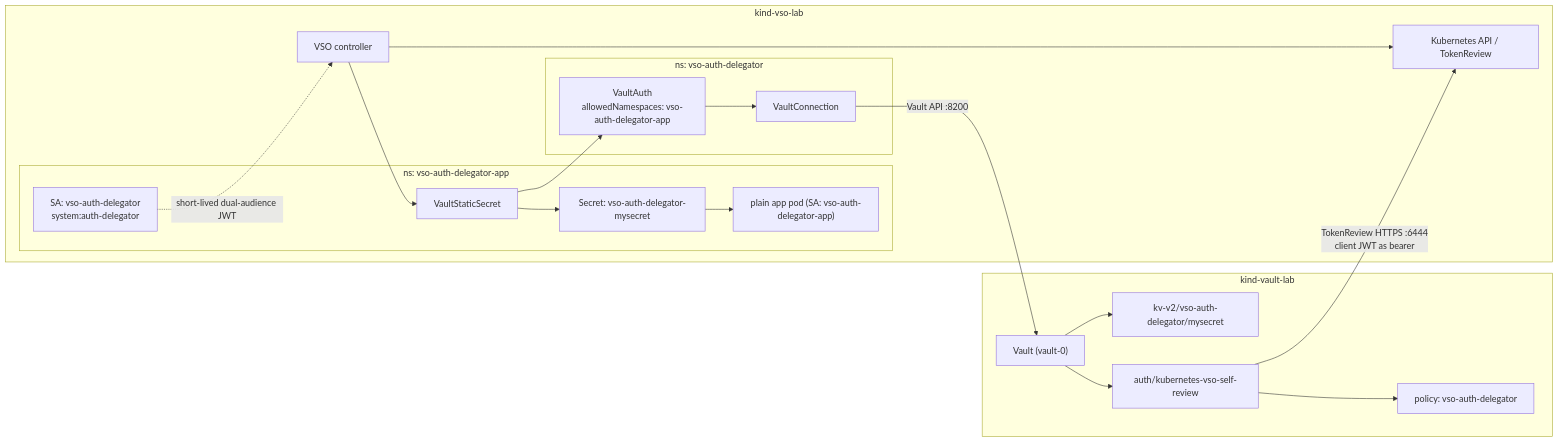
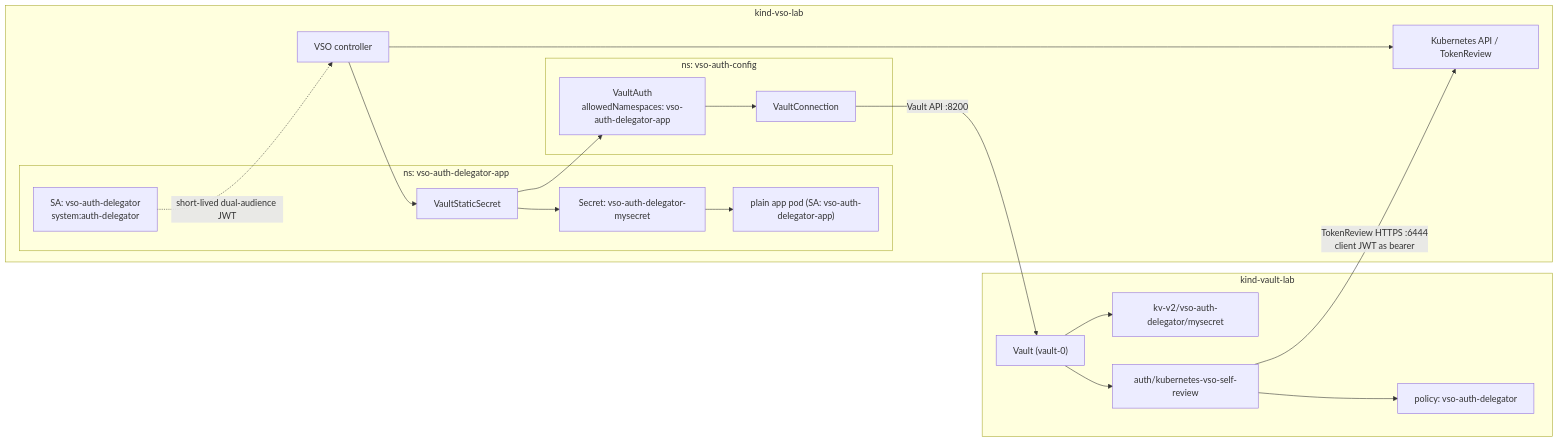
Before and after one commit to songlining/vault-k8s-demo: the first of 2 diagrams in docs/vso-kubernetes-auth-delegator-demo.md, drawn with Mermaid. The commit also changed other lines of this file and 8 other files, not shown here.

First line of the commit message:
docs(vso): clarify auth-delegator deck and rename auth-config namespace

````diff
--- a/docs/vso-kubernetes-auth-delegator-demo.md
+++ b/docs/vso-kubernetes-auth-delegator-demo.md
@@ -37,37 +37,37 @@
 ```mermaid
 flowchart LR
   subgraph VaultCluster["kind-vault-lab"]
     Vault["Vault (vault-0)"]
     K8sAuth["auth/kubernetes-vso-self-review"]
     Policy["policy: vso-auth-delegator"]
     KV["kv-v2/vso-auth-delegator/mysecret"]
     Vault --> K8sAuth --> Policy
     Vault --> KV
   end
 
   subgraph VSOCluster["kind-vso-lab"]
     API["Kubernetes API / TokenReview"]
     Controller["VSO controller"]
 
-    subgraph AuthNS["ns: vso-auth-delegator"]
+    subgraph AuthNS["ns: vso-auth-config"]
       Connection["VaultConnection"]
       Auth["VaultAuth\nallowedNamespaces: vso-auth-delegator-app"]
     end
 
     subgraph AppNS["ns: vso-auth-delegator-app"]
       ReviewSA["SA: vso-auth-delegator\nsystem:auth-delegator"]
       VSS["VaultStaticSecret"]
       Secret["Secret: vso-auth-delegator-mysecret"]
       App["plain app pod (SA: vso-auth-delegator-app)"]
       VSS --> Secret --> App
     end
 
     Controller --> VSS
     VSS --> Auth --> Connection
     Controller --> API
   end
 
   Connection -->|"Vault API :8200"| Vault
   K8sAuth -->|"TokenReview HTTPS :6444\nclient JWT as bearer"| API
   ReviewSA -. "short-lived dual-audience JWT" .-> Controller
 ```
````
